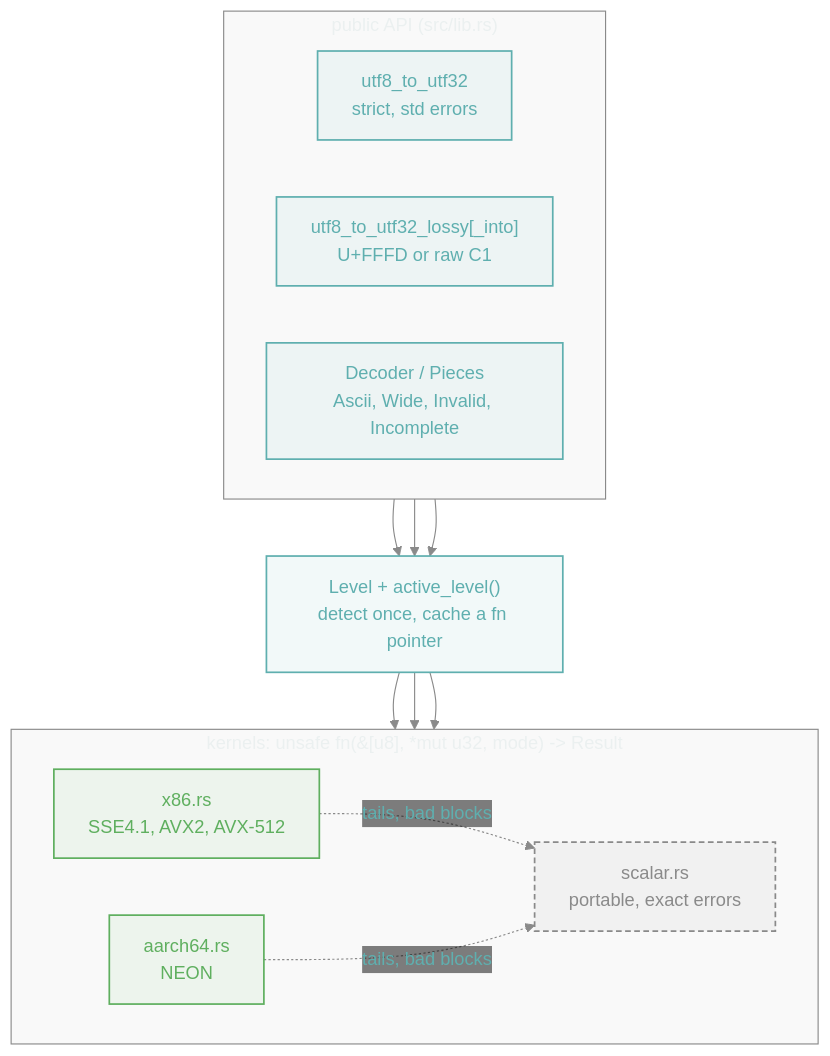
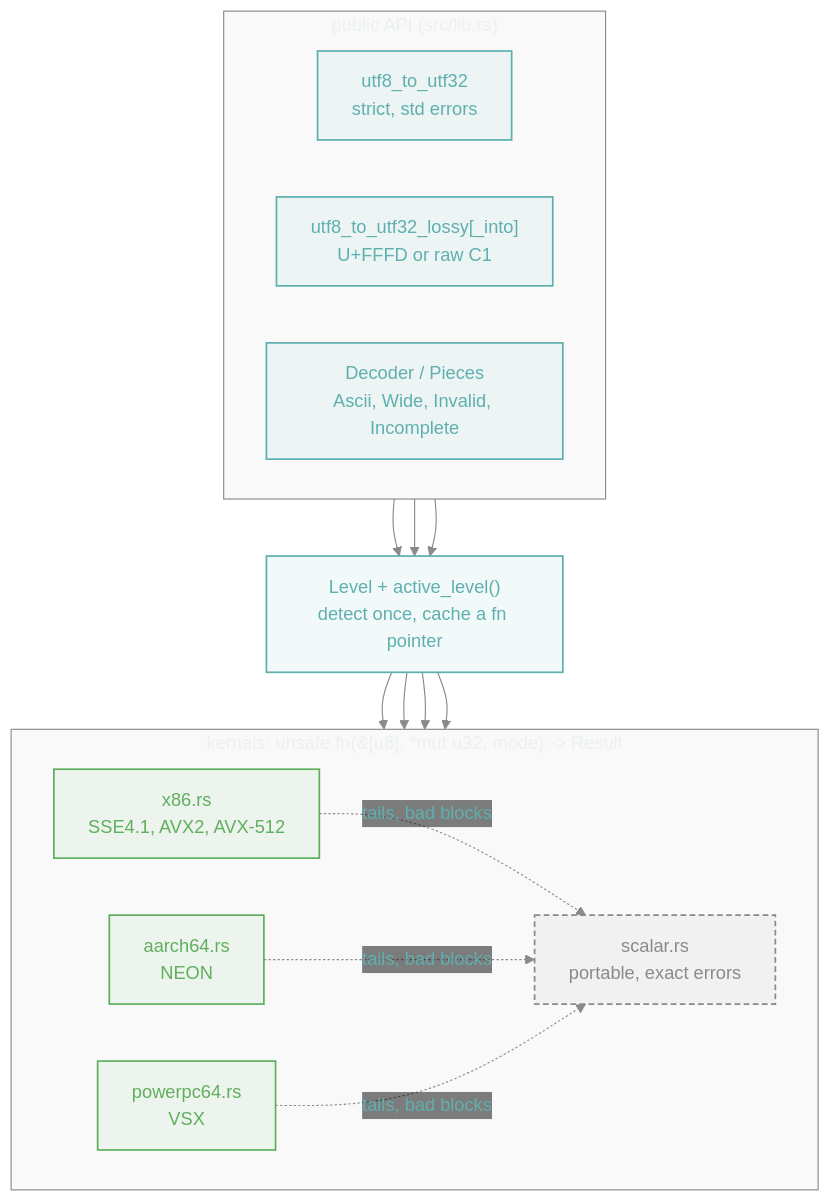
The first of 3 diagrams in docs/architecture.md (lu-zero/utf8-to-utf32), drawn with Mermaid before and after one commit. The commit also changed other lines of this file and 9 other files, not shown here.

First line of the commit message:
feat: add a nightly-gated VSX kernel for powerpc64

````diff
--- a/docs/architecture.md
+++ b/docs/architecture.md
@@ -14,32 +15,35 @@
 ```mermaid
 %%{init: {"theme":"base","themeVariables":{"fontFamily":"ui-sans-serif,system-ui,Segoe UI,Helvetica,Arial,sans-serif","primaryColor":"#5fafaf14","primaryBorderColor":"#5fafaf","primaryTextColor":"#5fafaf","lineColor":"#8a8a8a","textColor":"#8a8a8a","edgeLabelBackground":"transparent","clusterBkg":"#8a8a8a0d","clusterBorder":"#8a8a8a"}}}%%
 flowchart TB
     classDef teal fill:#5fafaf14,stroke:#5fafaf,stroke-width:1.5px,color:#5fafaf
     classDef green fill:#5faf5f14,stroke:#5faf5f,stroke-width:1.5px,color:#5faf5f
     classDef grey fill:#8a8a8a14,stroke:#8a8a8a,stroke-width:1.5px,stroke-dasharray:5 3,color:#8a8a8a
 
     subgraph api["public API (src/lib.rs)"]
         direction LR
         strict["utf8_to_utf32<br/>strict, std errors"]:::teal
         lossy["utf8_to_utf32_lossy[_into]<br/>U+FFFD or raw C1"]:::teal
         dec["Decoder / Pieces<br/>Ascii, Wide, Invalid, Incomplete"]:::teal
     end
 
     disp["Level + active_level()<br/>detect once, cache a fn pointer"]:::teal
 
     subgraph kern["kernels: unsafe fn(&[u8], *mut u32, mode) -> Result"]
         direction LR
         x86["x86.rs<br/>SSE4.1, AVX2, AVX-512"]:::green
         arm["aarch64.rs<br/>NEON"]:::green
+        ppc["powerpc64.rs<br/>VSX"]:::green
         sc["scalar.rs<br/>portable, exact errors"]:::grey
     end
 
     strict --> disp
     lossy --> disp
     dec --> disp
     disp --> x86
     disp --> arm
+    disp --> ppc
     disp --> sc
     x86 -. "tails, bad blocks" .-> sc
     arm -. "tails, bad blocks" .-> sc
+    ppc -. "tails, bad blocks" .-> sc
 ```
````
